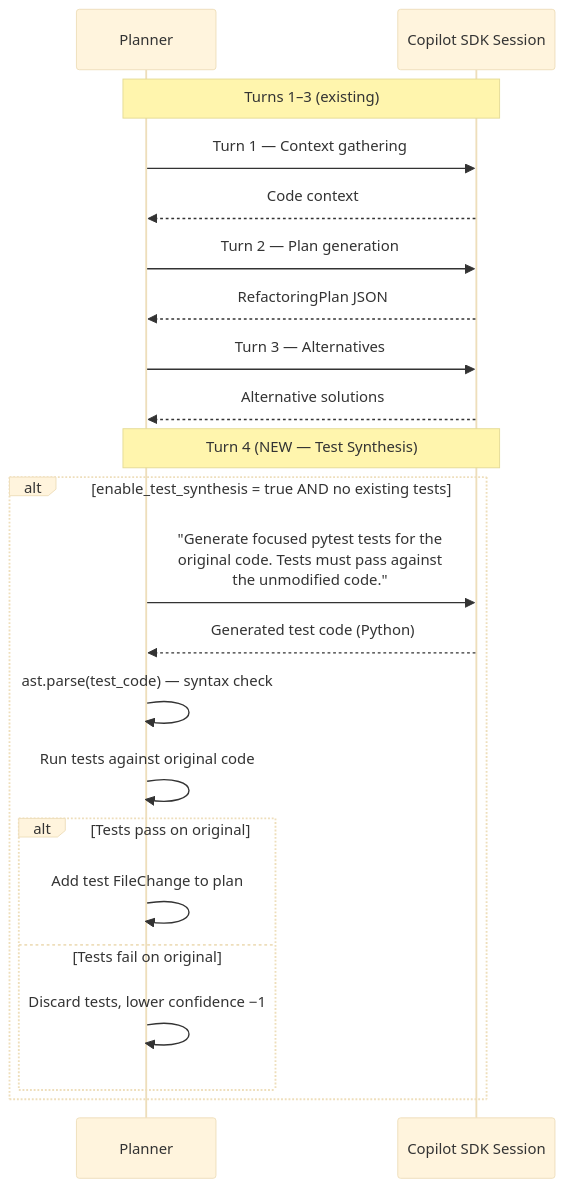
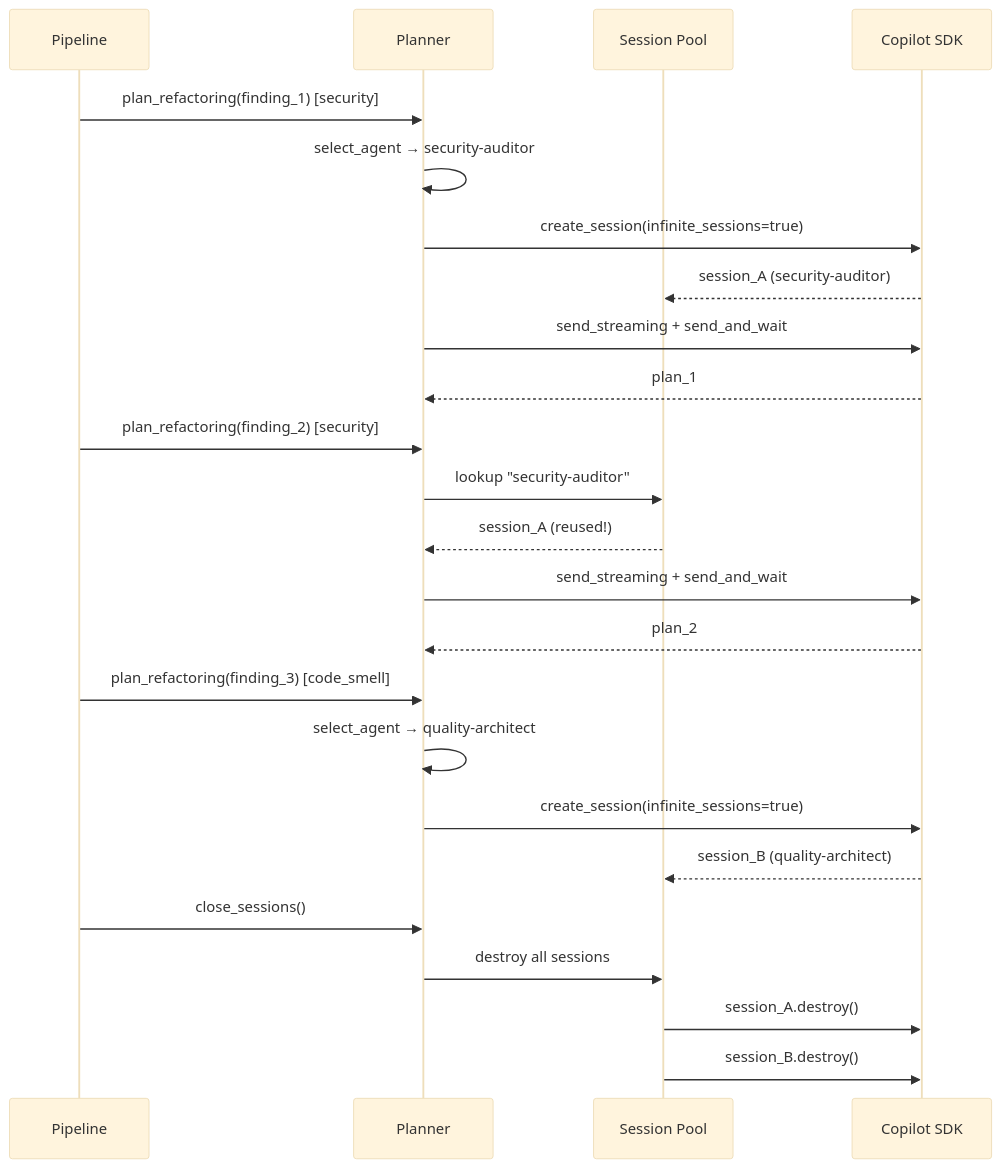
Diagram 27 of 32 in Docs/FEATURE_ARCHITECTURE.md (Nizarel/CodeCustodian), drawn with Mermaid (base theme) before and after one commit. The commit also changed other lines of this file and 8 other files, not shown here.

Commit message:
feat: Release v0.13.0 with SDK Showcase, Domain Skills, Custom Agents, and Multi-Session support

````diff
--- a/Docs/FEATURE_ARCHITECTURE.md
+++ b/Docs/FEATURE_ARCHITECTURE.md
@@ -1918,27 +2000,30 @@
 ```mermaid
 sequenceDiagram
+    participant Pipeline
     participant Planner
-    participant SDK as Copilot SDK Session
+    participant Pool as Session Pool
+    participant SDK as Copilot SDK
 
-    Note over Planner,SDK: Turns 1–3 (existing)
-    Planner->>SDK: Turn 1 — Context gathering
-    SDK-->>Planner: Code context
-    Planner->>SDK: Turn 2 — Plan generation
-    SDK-->>Planner: RefactoringPlan JSON
-    Planner->>SDK: Turn 3 — Alternatives
-    SDK-->>Planner: Alternative solutions
+    Pipeline->>Planner: plan_refactoring(finding_1)  [security]
+    Planner->>Planner: select_agent → security-auditor
+    Planner->>SDK: create_session(infinite_sessions=true)
+    SDK-->>Pool: session_A (security-auditor)
+    Planner->>SDK: send_streaming + send_and_wait
+    SDK-->>Planner: plan_1
 
-    Note over Planner,SDK: Turn 4 (NEW — Test Synthesis)
-    alt enable_test_synthesis = true AND no existing tests
-        Planner->>SDK: "Generate focused pytest tests for the<br/>original code. Tests must pass against<br/>the unmodified code."
-        SDK-->>Planner: Generated test code (Python)
+    Pipeline->>Planner: plan_refactoring(finding_2)  [security]
+    Planner->>Pool: lookup "security-auditor"
+    Pool-->>Planner: session_A (reused!)
+    Planner->>SDK: send_streaming + send_and_wait
+    SDK-->>Planner: plan_2
 
-        Planner->>Planner: ast.parse(test_code) — syntax check
-        Planner->>Planner: Run tests against original code
-        alt Tests pass on original
-            Planner->>Planner: Add test FileChange to plan
-        else Tests fail on original
-            Planner->>Planner: Discard tests, lower confidence −1
-        end
-    end
+    Pipeline->>Planner: plan_refactoring(finding_3)  [code_smell]
+    Planner->>Planner: select_agent → quality-architect
+    Planner->>SDK: create_session(infinite_sessions=true)
+    SDK-->>Pool: session_B (quality-architect)
+
+    Pipeline->>Planner: close_sessions()
+    Planner->>Pool: destroy all sessions
+    Pool->>SDK: session_A.destroy()
+    Pool->>SDK: session_B.destroy()
 ```
````
